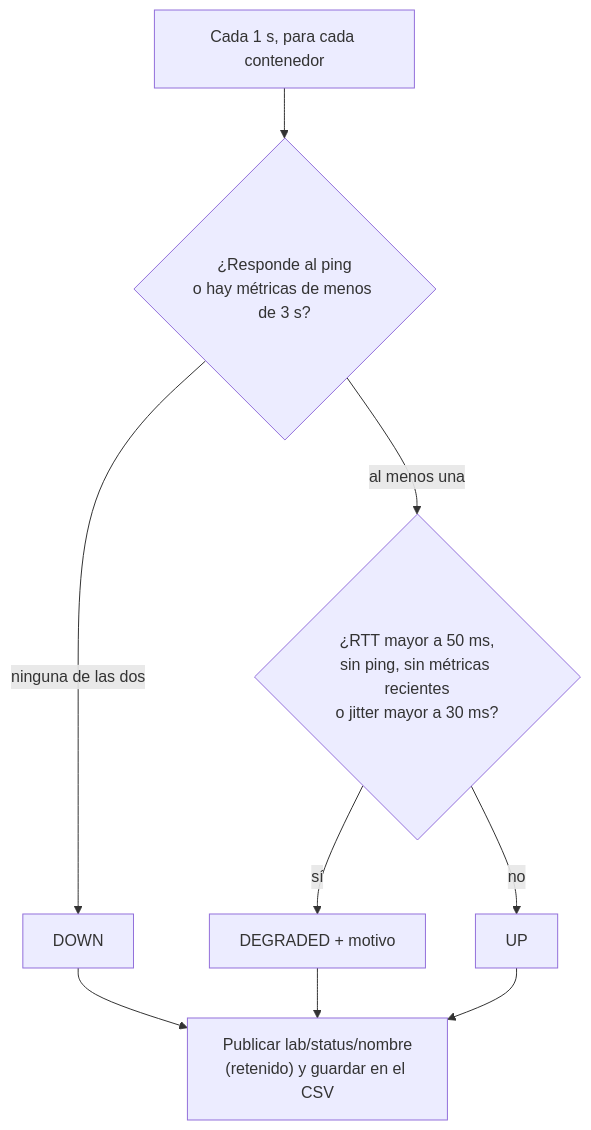
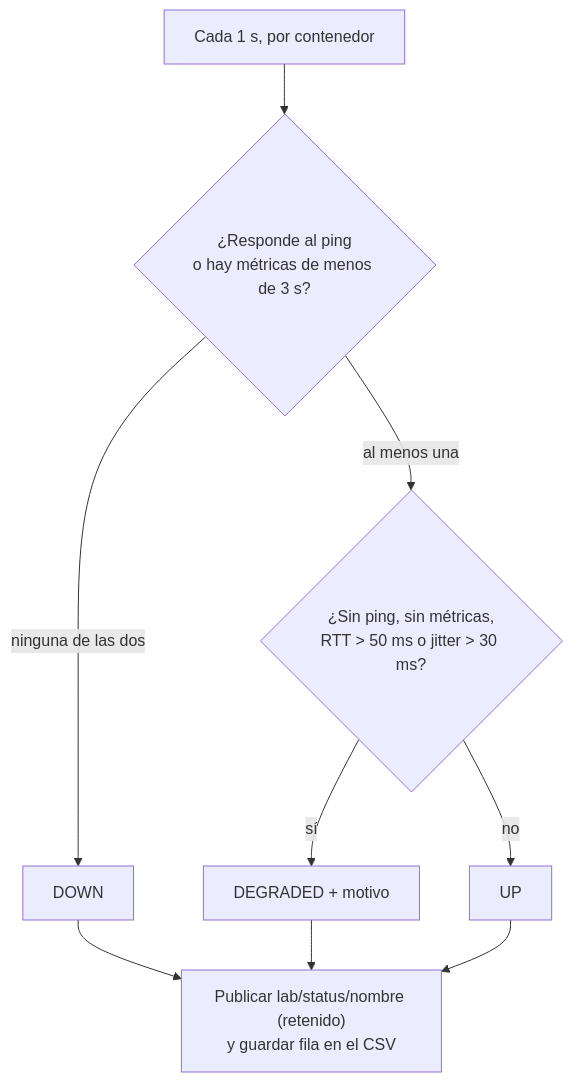
Before and after one commit to mafer1608-7/Actividad-8: the second of 2 diagrams in README.md, drawn with Mermaid. The commit also changed other lines of this file, not shown here.

````diff
--- a/README.md
+++ b/README.md
@@ -162,11 +475,11 @@
 ```mermaid
 flowchart TD
-    I["Cada 1 s, para cada contenedor"] --> Q{"¿Responde al ping<br/>o hay métricas de menos de 3 s?"}
+    I["Cada 1 s, por contenedor"] --> Q{"¿Responde al ping<br/>o hay métricas de menos de 3 s?"}
     Q -- "ninguna de las dos" --> D["DOWN"]
-    Q -- "al menos una" --> C{"¿RTT mayor a 50 ms,<br/>sin ping, sin métricas recientes<br/>o jitter mayor a 30 ms?"}
+    Q -- "al menos una" --> C{"¿Sin ping, sin métricas,<br/>RTT > 50 ms o jitter > 30 ms?"}
     C -- "sí" --> G["DEGRADED + motivo"]
     C -- "no" --> U["UP"]
-    D --> P["Publicar lab/status/nombre<br/>(retenido) y guardar en el CSV"]
+    D --> P["Publicar lab/status/nombre (retenido)<br/>y guardar fila en el CSV"]
     G --> P
     U --> P
 ```
````
